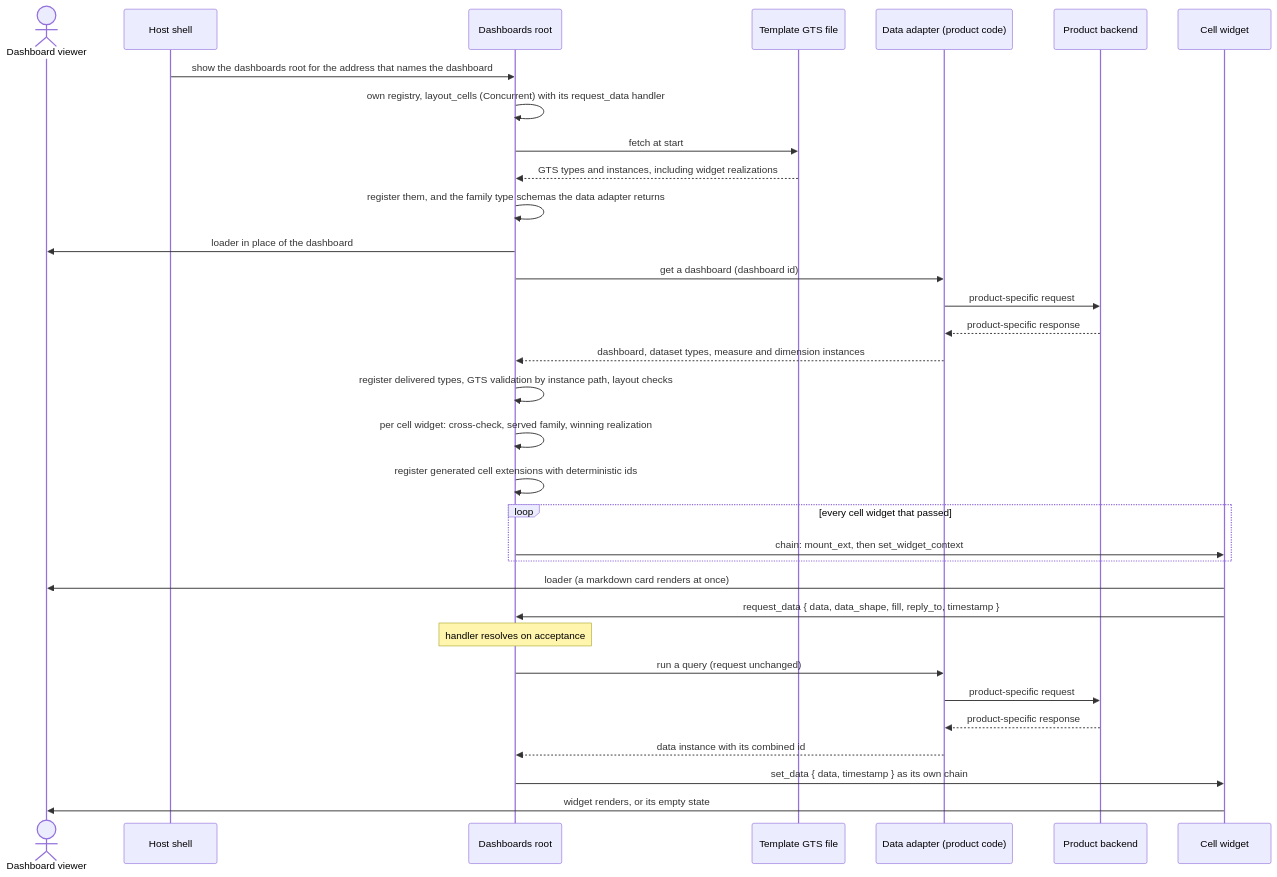
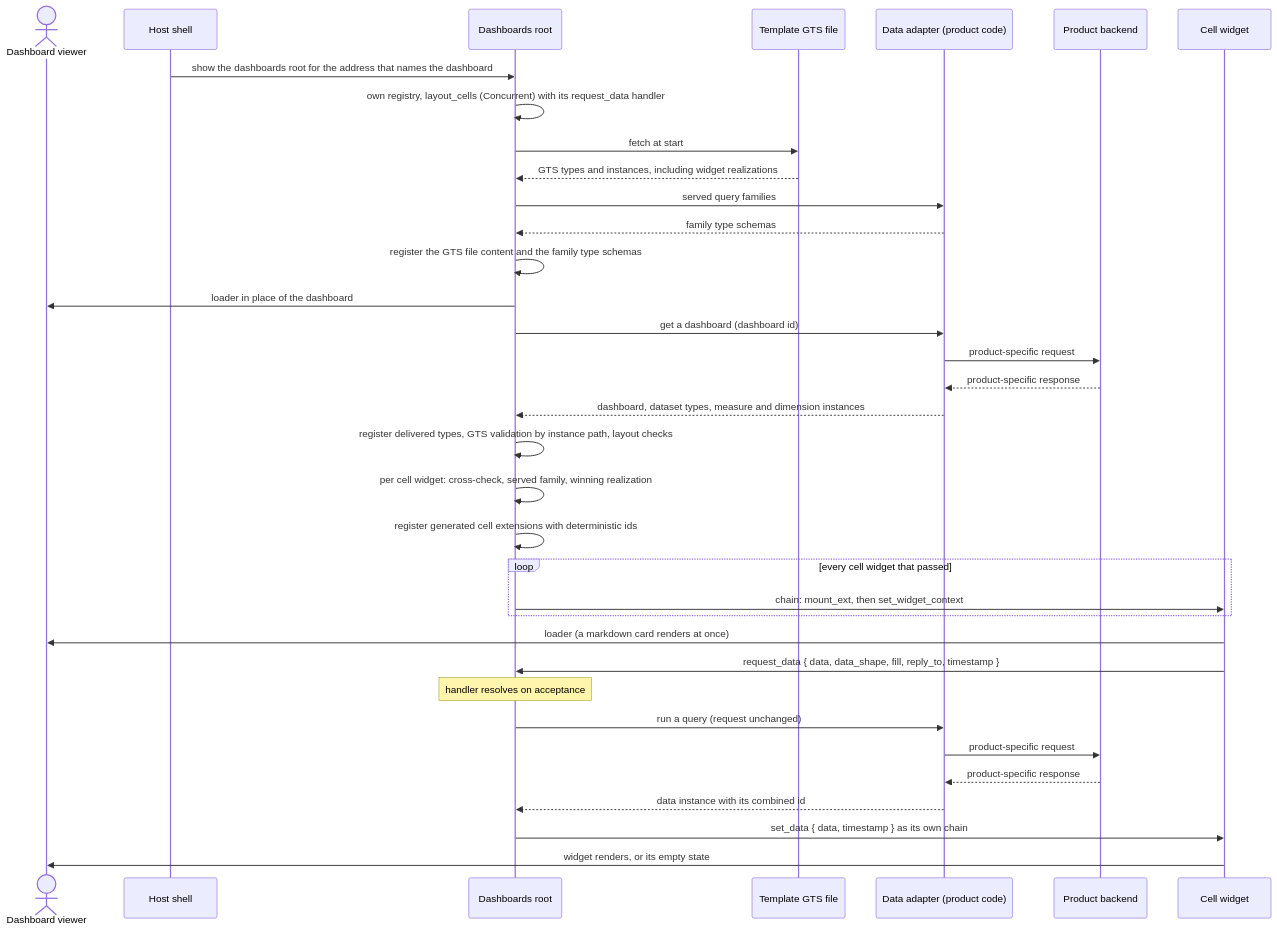
Before and after one commit to AndrejK666/gears-frontx-templates: the third of 11 diagrams in template-dashboard/architecture/DESIGN.md, drawn with Mermaid. The commit also changed other lines of this file and 16 other files, not shown here.

Commit message:
docs: data query is updated to follow cube's format

````diff
--- a/template-dashboard/architecture/DESIGN.md
+++ b/template-dashboard/architecture/DESIGN.md
@@ -985,36 +1035,38 @@
 ```mermaid
 sequenceDiagram
     actor U as Dashboard viewer
     participant SH as Host shell
     participant DR as Dashboards root
     participant GF as Template GTS file
     participant DA as Data adapter (product code)
     participant BE as Product backend
     participant CW as Cell widget
 
     SH->>DR: show the dashboards root for the address that names the dashboard
     DR->>DR: own registry, layout_cells (Concurrent) with its request_data handler
     DR->>GF: fetch at start
     GF-->>DR: GTS types and instances, including widget realizations
-    DR->>DR: register them, and the family type schemas the data adapter returns
+    DR->>DA: served query families
+    DA-->>DR: family type schemas
+    DR->>DR: register the GTS file content and the family type schemas
     DR->>U: loader in place of the dashboard
     DR->>DA: get a dashboard (dashboard id)
     DA->>BE: product-specific request
     BE-->>DA: product-specific response
     DA-->>DR: dashboard, dataset types, measure and dimension instances
     DR->>DR: register delivered types, GTS validation by instance path, layout checks
     DR->>DR: per cell widget: cross-check, served family, winning realization
     DR->>DR: register generated cell extensions with deterministic ids
     loop every cell widget that passed
         DR->>CW: chain: mount_ext, then set_widget_context
     end
     CW->>U: loader (a markdown card renders at once)
     CW->>DR: request_data { data, data_shape, fill, reply_to, timestamp }
     Note over DR: handler resolves on acceptance
     DR->>DA: run a query (request unchanged)
     DA->>BE: product-specific request
     BE-->>DA: product-specific response
     DA-->>DR: data instance with its combined id
     DR->>CW: set_data { data, timestamp } as its own chain
     CW->>U: widget renders, or its empty state
 ```
````
